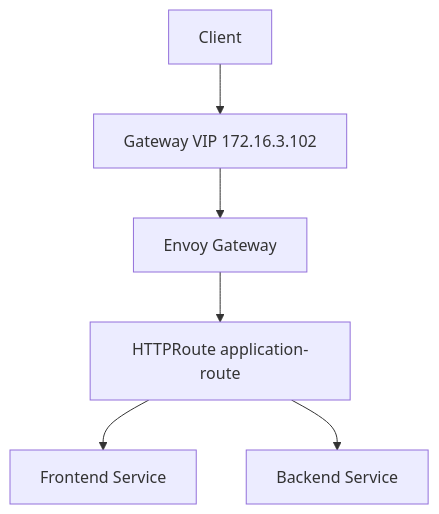
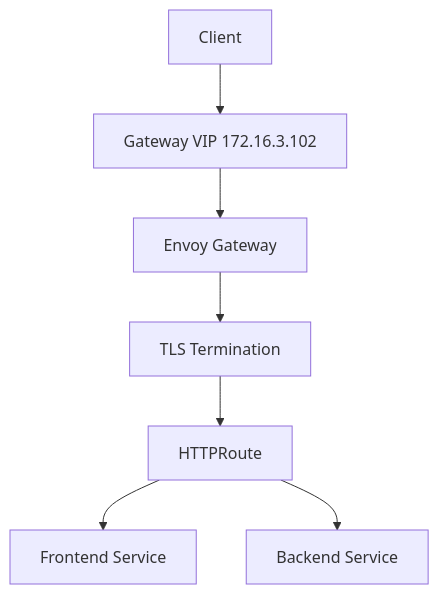
One commit to ahmed-sayed-devops/microservices-platform-gitops changed the first of 18 diagrams in docs/03-gateway-api/README.md. Above: the diagram before and after it, drawn with Mermaid. The commit also changed other lines of this file, not shown here.

Commit message:
docs: update Gateway API documentation with TLS

````diff
--- a/docs/03-gateway-api/README.md
+++ b/docs/03-gateway-api/README.md
@@ -33,15 +36,17 @@
 ```mermaid
 graph TD
     Client[Client]
     VIP[Gateway VIP 172.16.3.102]
     Envoy[Envoy Gateway]
-    Route[HTTPRoute application-route]
+    TLS[TLS Termination]
+    Route[HTTPRoute]
     Frontend[Frontend Service]
     Backend[Backend Service]
 
     Client --> VIP
     VIP --> Envoy
-    Envoy --> Route
+    Envoy --> TLS
+    TLS --> Route
     Route --> Frontend
     Route --> Backend
 ```
````
